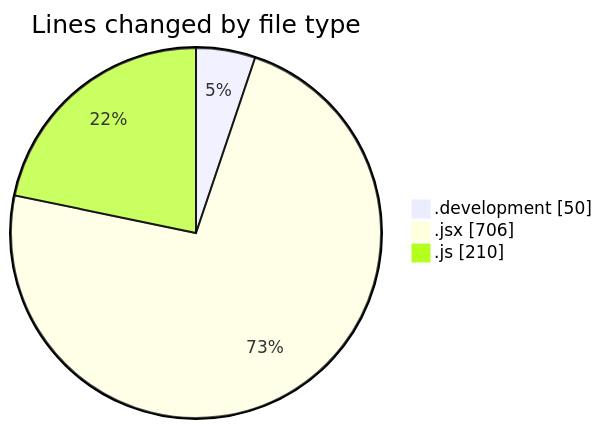
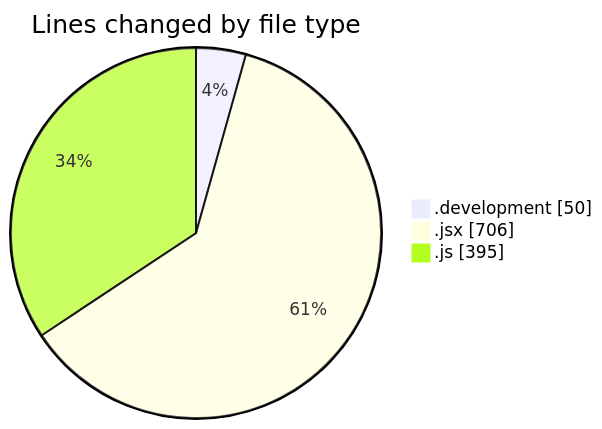
One commit to nxtqubesakshisongat/code-tracking changed the first of 2 diagrams in 2025-12-25/nxtqube_webapp/README.md. Above: the diagram before and after it, drawn with Mermaid. The commit also changed other lines of this file and 1 other file, not shown here.

````diff
--- a/2025-12-25/nxtqube_webapp/README.md
+++ b/2025-12-25/nxtqube_webapp/README.md
@@ -23,7 +25,7 @@
 ```mermaid
 pie showData
 title Lines changed by file type
 ".development" : 50
 ".jsx" : 706
-".js" : 210
+".js" : 395
 ```
````
